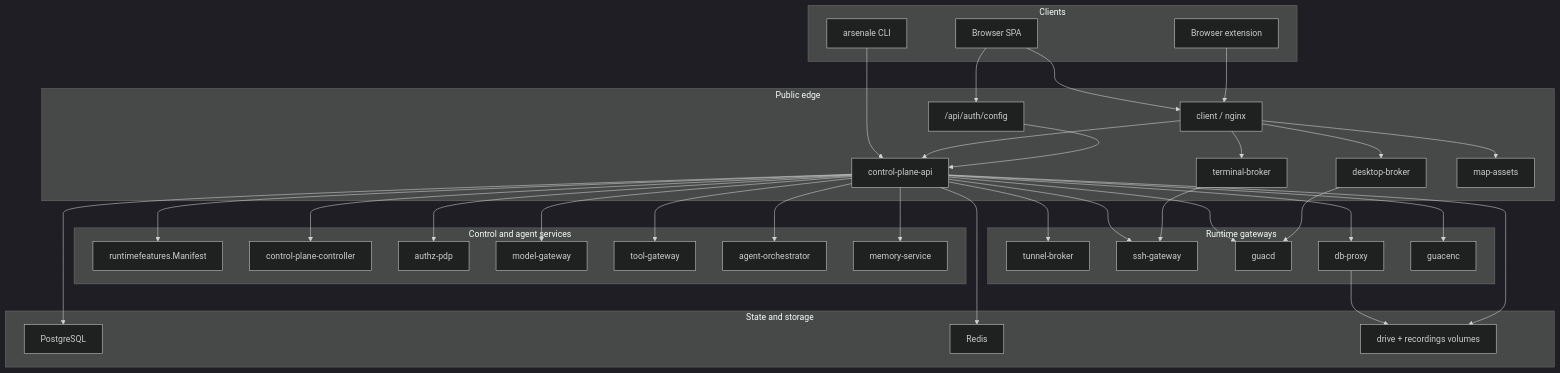
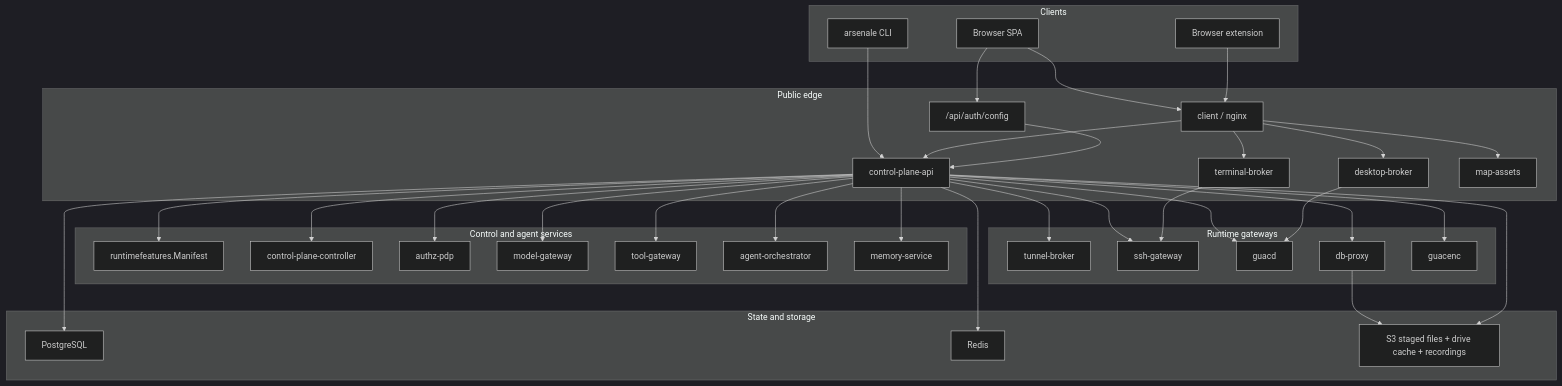
One commit to dnviti/remote-desktop-manager changed the first of 5 diagrams in docs/architecture.md. Above: the diagram before and after it, drawn with Mermaid (dark theme). The commit also changed other lines of this file and 77 other files, not shown here.

Commit message:
Add S3-backed shared transfer flows and tab controls

````diff
--- a/docs/architecture.md
+++ b/docs/architecture.md
@@ -70,72 +70,72 @@
 ```mermaid
 flowchart TD
     subgraph clients["Clients"]
         Browser["Browser SPA"]
         CLI["arsenale CLI"]
         Extension["Browser extension"]
     end
 
     subgraph edge["Public edge"]
         Client["client / nginx"]
         API["control-plane-api"]
         PublicConfig["/api/auth/config"]
         Terminal["terminal-broker"]
         Desktop["desktop-broker"]
         MapAssets["map-assets"]
     end
 
     subgraph control["Control and agent services"]
         Features["runtimefeatures.Manifest"]
         Controller["control-plane-controller"]
         Authz["authz-pdp"]
         Model["model-gateway"]
         Tool["tool-gateway"]
         Agent["agent-orchestrator"]
         Memory["memory-service"]
     end
 
     subgraph gateways["Runtime gateways"]
         Tunnel["tunnel-broker"]
         SSH["ssh-gateway"]
         Guacd["guacd"]
         DBProxy["db-proxy"]
         Guacenc["guacenc"]
     end
 
     subgraph state["State and storage"]
         Postgres["PostgreSQL"]
         Redis["Redis"]
-        Files["drive + recordings volumes"]
+        Files["S3 staged files + drive cache + recordings"]
     end
 
     Browser --> Client
     Browser --> PublicConfig
     Extension --> Client
     CLI --> API
 
     Client --> API
     PublicConfig --> API
     Client --> Terminal
     Client --> Desktop
     Client --> MapAssets
 
     API --> Features
     API --> Postgres
     API --> Redis
     API --> Controller
     API --> Authz
     API --> Model
     API --> Tool
     API --> Agent
     API --> Memory
     API --> Tunnel
     API --> SSH
     API --> Guacd
     API --> DBProxy
     API --> Guacenc
 
     Desktop --> Guacd
     Terminal --> SSH
     DBProxy --> Files
     API --> Files
 ```
````
